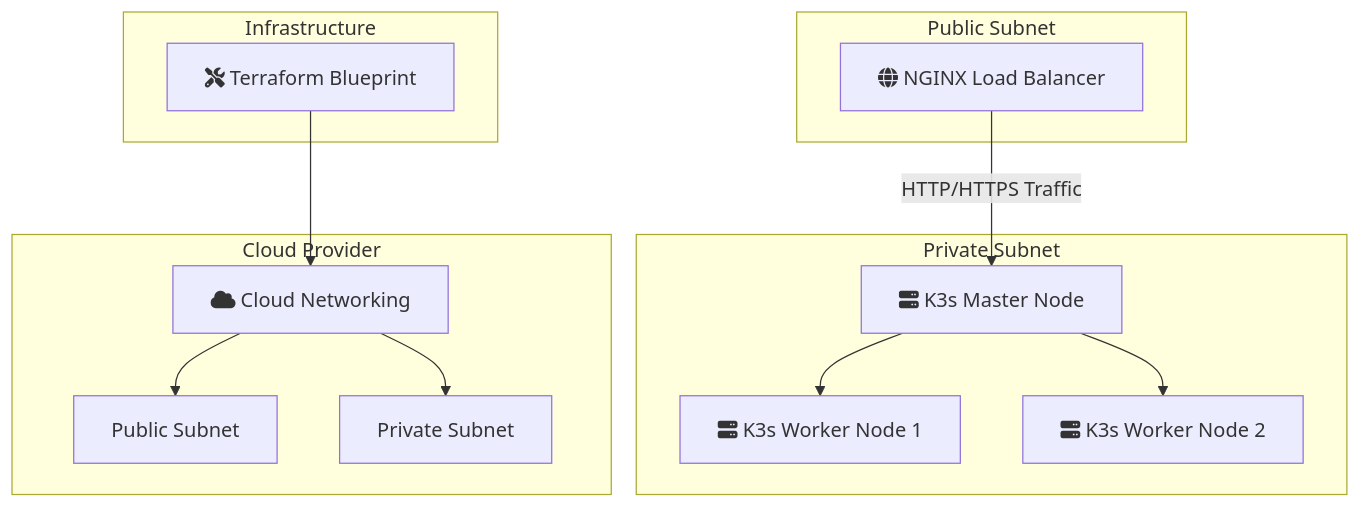
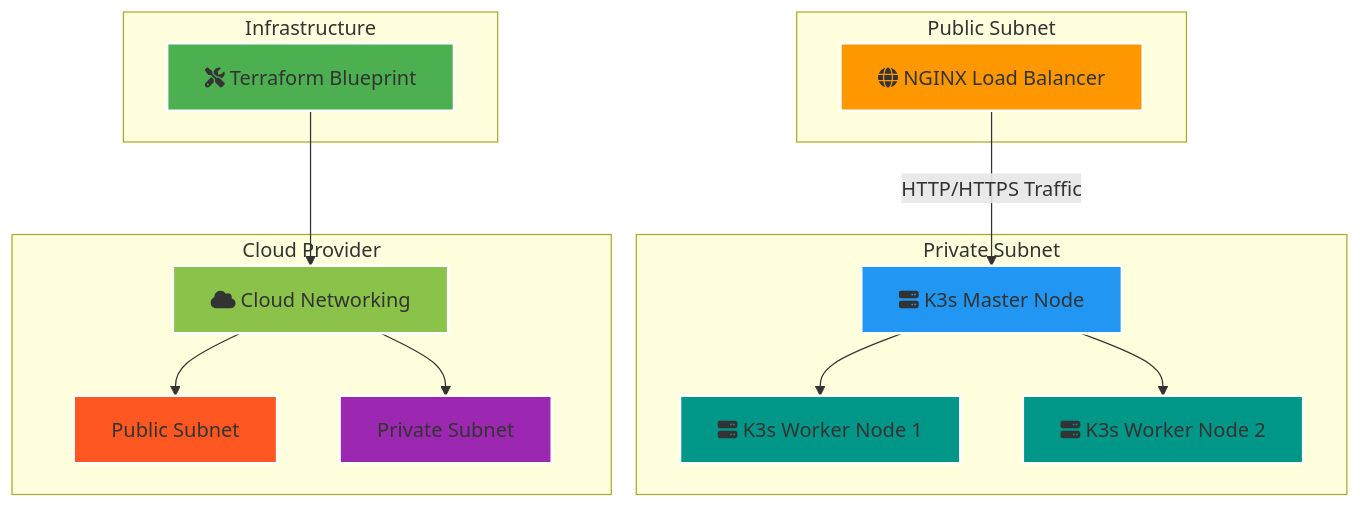
The diagram in README.md (TheToriqul/k3s-aws-terraform), drawn with Mermaid before and after one commit. The commit also changed other lines of this file, not shown here.

Commit message:
flow updated

````diff
--- a/README.md
+++ b/README.md
@@ -17,26 +17,36 @@
 ```mermaid
 graph TD
-    subgraph Public Subnet
-        A[fa:fa-globe NGINX Load Balancer]
-    end
-    
-    subgraph Private Subnet
-        B1[fa:fa-server K3s Master Node]
-        B2[fa:fa-server K3s Worker Node 1]
-        B3[fa:fa-server K3s Worker Node 2]
-    end
-    
-    subgraph Infrastructure
-        T[fa:fa-tools Terraform Blueprint]
-    end
+            subgraph Public Subnet
+                A[fa:fa-globe NGINX Load Balancer]
+            end
 
-    subgraph Cloud Provider
-        T --> I1[fa:fa-cloud Cloud Networking] 
-        I1 --> PublicSubnet[Public Subnet]
-        I1 --> PrivateSubnet[Private Subnet]
-    end
+            subgraph Private Subnet
+                B1[fa:fa-server K3s Master Node]
+                B2[fa:fa-server K3s Worker Node 1]
+                B3[fa:fa-server K3s Worker Node 2]
+            end
 
-    A -->|HTTP/HTTPS Traffic| B1
-    B1 --> B2
-    B1 --> B3
+            subgraph Infrastructure
+                T[fa:fa-tools Terraform Blueprint]
+            end
+
+            subgraph Cloud Provider
+                T --> I1[fa:fa-cloud Cloud Networking]
+                I1 --> PublicSubnet[Public Subnet]
+                I1 --> PrivateSubnet[Private Subnet]
+            end
+
+            A -->|HTTP/HTTPS Traffic| B1
+            B1 --> B2
+            B1 --> B3
+
+            %% Styling
+            style A fill:#FF9800, stroke:#fff, stroke-width:2px, font-size:16px
+            style B1 fill:#2196F3, stroke:#fff, stroke-width:2px, font-size:16px
+            style B2 fill:#009688, stroke:#fff, stroke-width:2px, font-size:16px
+            style B3 fill:#009688, stroke:#fff, stroke-width:2px, font-size:16px
+            style T fill:#4CAF50, stroke:#fff, stroke-width:2px, font-size:16px
+            style I1 fill:#8BC34A, stroke:#fff, stroke-width:2px, font-size:16px
+            style PublicSubnet fill:#FF5722, stroke:#fff, stroke-width:2px, font-size:16px
+            style PrivateSubnet fill:#9C27B0, stroke:#fff, stroke-width:2px, font-size:16px
 ```
````
